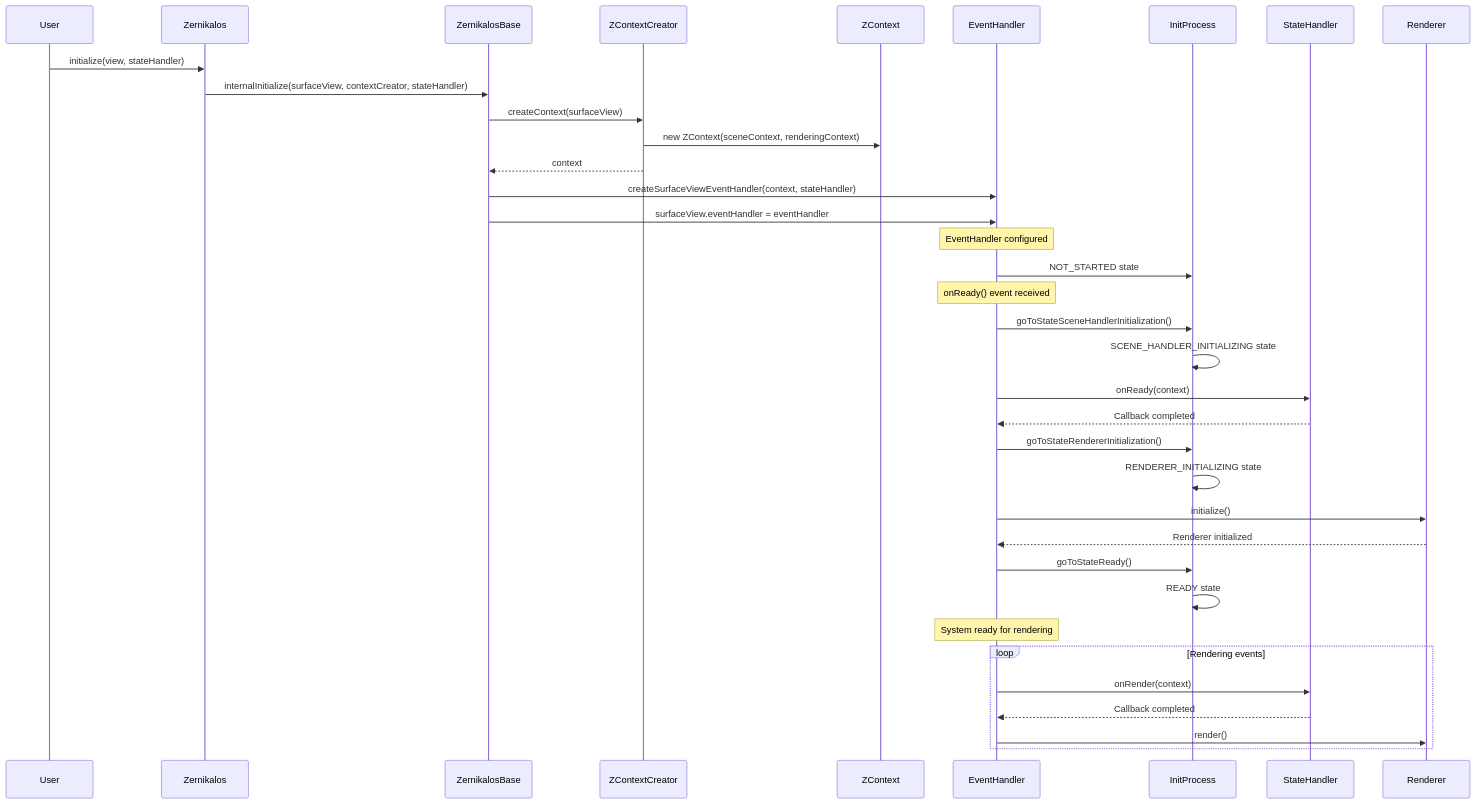
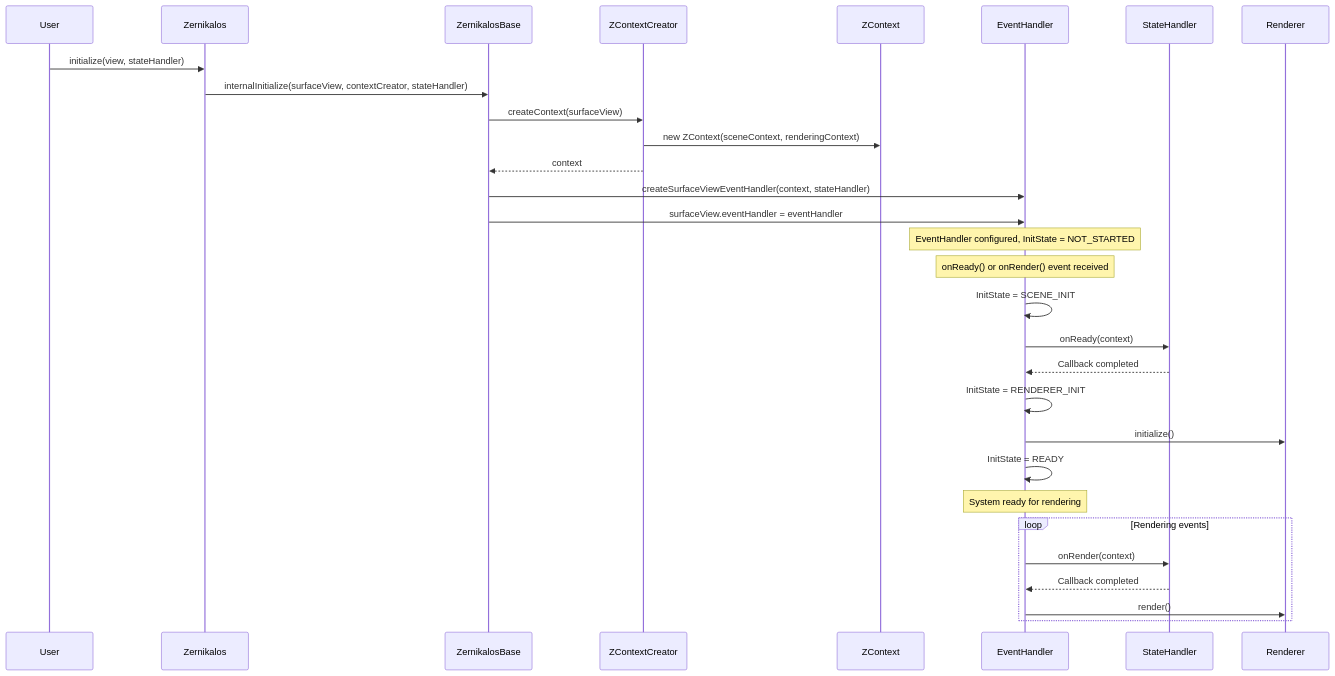
Before and after one commit to Zernikalos/Zernikalos: the fourth of 5 diagrams in wiki/architecture/initialization-flow-diagram.md, drawn with Mermaid. The commit also changed other lines of this file and 2 other files, not shown here.

Commit message:
refactor: 💡 Small improvements on the ZSurfaceViewEventHandlerImpl and state

````diff
--- a/wiki/architecture/initialization-flow-diagram.md
+++ b/wiki/architecture/initialization-flow-diagram.md
@@ -119,48 +115,39 @@
 ```mermaid
 sequenceDiagram
     participant U as User
     participant Z as Zernikalos
     participant ZB as ZernikalosBase
     participant CC as ZContextCreator
     participant ZC as ZContext
     participant EH as EventHandler
-    participant IP as InitProcess
     participant SH as StateHandler
     participant R as Renderer
-    
+
     U->>Z: initialize(view, stateHandler)
     Z->>ZB: internalInitialize(surfaceView, contextCreator, stateHandler)
-    
+
     ZB->>CC: createContext(surfaceView)
     CC->>ZC: new ZContext(sceneContext, renderingContext)
     CC-->>ZB: context
-    
+
     ZB->>EH: createSurfaceViewEventHandler(context, stateHandler)
     ZB->>EH: surfaceView.eventHandler = eventHandler
-    
-    Note over EH: EventHandler configured
-    
-    EH->>IP: NOT_STARTED state
-    
-    Note over EH: onReady() event received
-    EH->>IP: goToStateSceneHandlerInitialization()
-    IP->>IP: SCENE_HANDLER_INITIALIZING state
-    
+
+    Note over EH: EventHandler configured, InitState = NOT_STARTED
+
+    Note over EH: onReady() or onRender() event received
+    EH->>EH: InitState = SCENE_INIT
     EH->>SH: onReady(context)
     SH-->>EH: Callback completed
-    EH->>IP: goToStateRendererInitialization()
-    IP->>IP: RENDERER_INITIALIZING state
-    
+    EH->>EH: InitState = RENDERER_INIT
     EH->>R: initialize()
-    R-->>EH: Renderer initialized
-    EH->>IP: goToStateReady()
-    IP->>IP: READY state
-    
+    EH->>EH: InitState = READY
+
     Note over EH: System ready for rendering
-    
+
     loop Rendering events
         EH->>SH: onRender(context)
         SH-->>EH: Callback completed
         EH->>R: render()
     end
 ```
````
